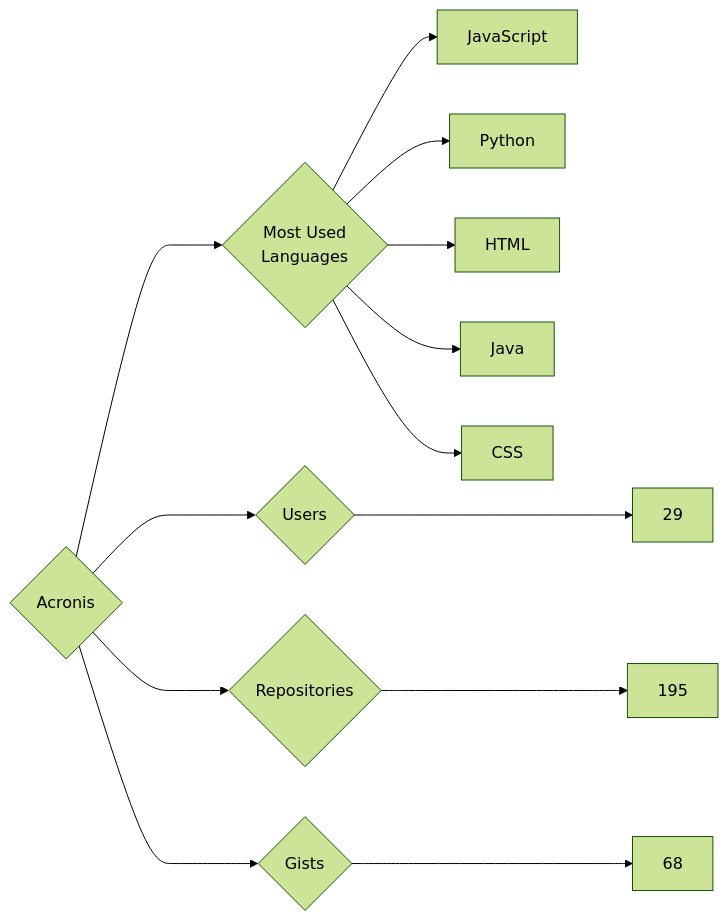
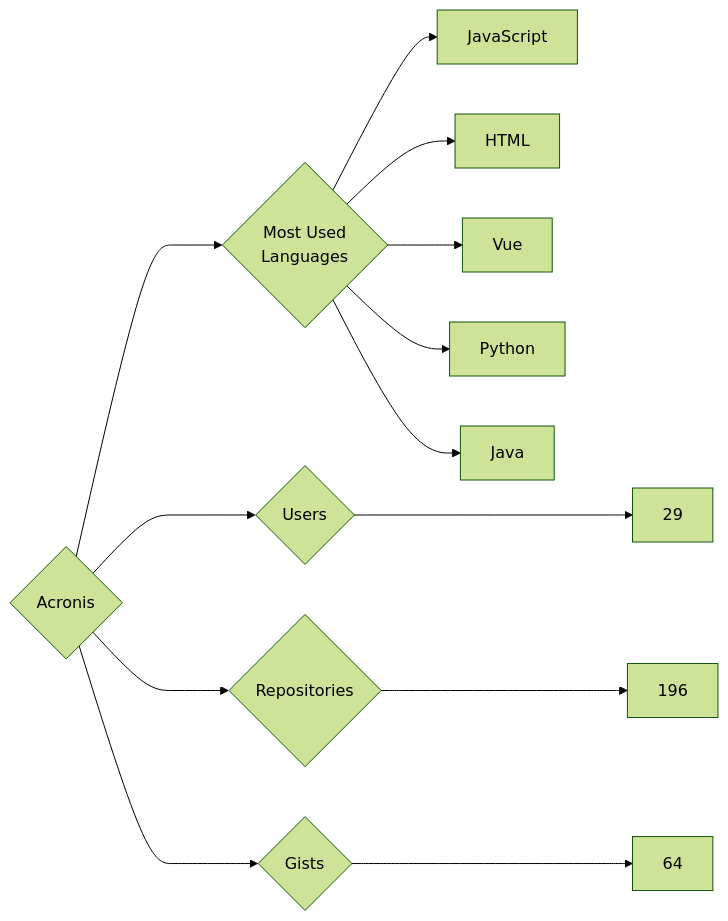
The diagram in targets/Acronis/README.md (trickest/insiders), drawn with Mermaid (forest theme) before and after one commit. The commit also changed 682 other files, not shown here.

````diff
--- a/targets/Acronis/README.md
+++ b/targets/Acronis/README.md
@@ -3,13 +3,13 @@
 ```mermaid
 graph LR
 COMPANY_NAME{Acronis}
 COMPANY_NAME ---> U{Users} ---> UN[29]
-COMPANY_NAME ---> R{Repositories} ---> RN[195]
-COMPANY_NAME ---> G{Gists} ---> GN[68]
+COMPANY_NAME ---> R{Repositories} ---> RN[196]
+COMPANY_NAME ---> G{Gists} ---> GN[64]
 COMPANY_NAME ---> ML{Most Used<br>Languages}
 ML --> JavaScript[JavaScript]
+ML --> HTML[HTML]
+ML --> Vue[Vue]
 ML --> Python[Python]
-ML --> HTML[HTML]
 ML --> Java[Java]
-ML --> CSS[CSS]
 ```
````
